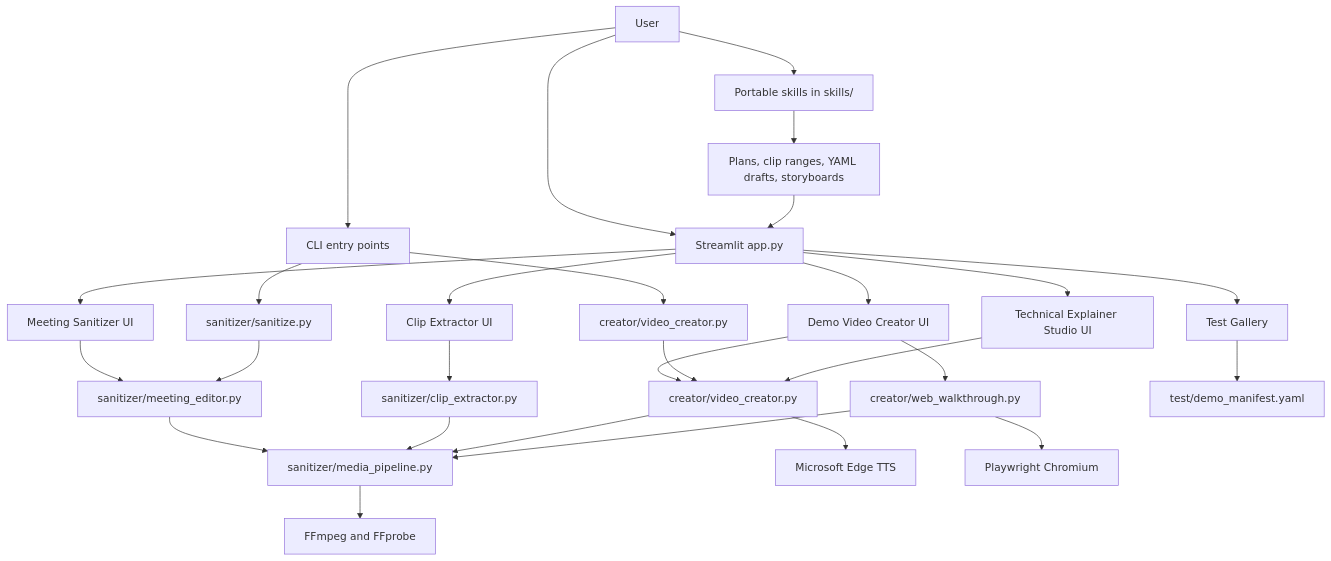
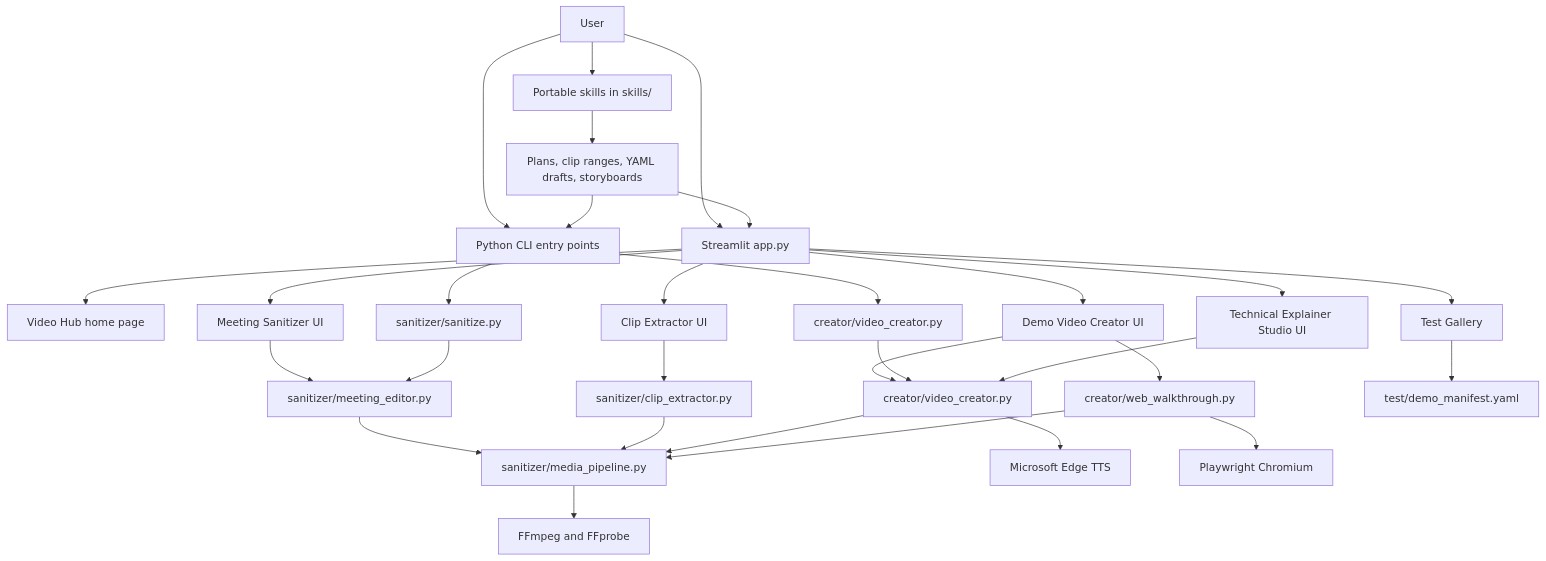
The diagram in README.md (KarimaKT/guidance-video-tools), drawn with Mermaid before and after one commit. The commit also changed other lines of this file and 5 other files, not shown here.

````diff
--- a/README.md
+++ b/README.md
@@ -382,38 +357,40 @@
 ```mermaid
 flowchart TB
     User["User"] --> App["Streamlit app.py"]
-    User --> CLI["CLI entry points"]
+    User --> CLI["Python CLI entry points"]
     User --> Skills["Portable skills in skills/"]
 
     Skills --> Plans["Plans, clip ranges, YAML drafts, storyboards"]
     Plans --> App
+    Plans --> CLI
 
+    App --> Home["Video Hub home page"]
     App --> SanitizerUI["Meeting Sanitizer UI"]
     App --> ClipUI["Clip Extractor UI"]
     App --> CreatorUI["Demo Video Creator UI"]
     App --> ExplainerUI["Technical Explainer Studio UI"]
     App --> Gallery["Test Gallery"]
 
     CLI --> SanitizeCLI["sanitizer/sanitize.py"]
     CLI --> VideoCreatorCLI["creator/video_creator.py"]
 
     SanitizerUI --> MeetingEditor["sanitizer/meeting_editor.py"]
     SanitizeCLI --> MeetingEditor
 
     ClipUI --> ClipExtractor["sanitizer/clip_extractor.py"]
     CreatorUI --> VideoCreator["creator/video_creator.py"]
     VideoCreatorCLI --> VideoCreator
     ExplainerUI --> VideoCreator
 
     CreatorUI --> WebTour["creator/web_walkthrough.py"]
     Gallery --> Manifest["test/demo_manifest.yaml"]
 
     MeetingEditor --> MediaPipeline["sanitizer/media_pipeline.py"]
     ClipExtractor --> MediaPipeline
     VideoCreator --> MediaPipeline
     WebTour --> MediaPipeline
 
     MediaPipeline --> FFmpeg["FFmpeg and FFprobe"]
     VideoCreator --> EdgeTTS["Microsoft Edge TTS"]
     WebTour --> Playwright["Playwright Chromium"]
 ```
````
